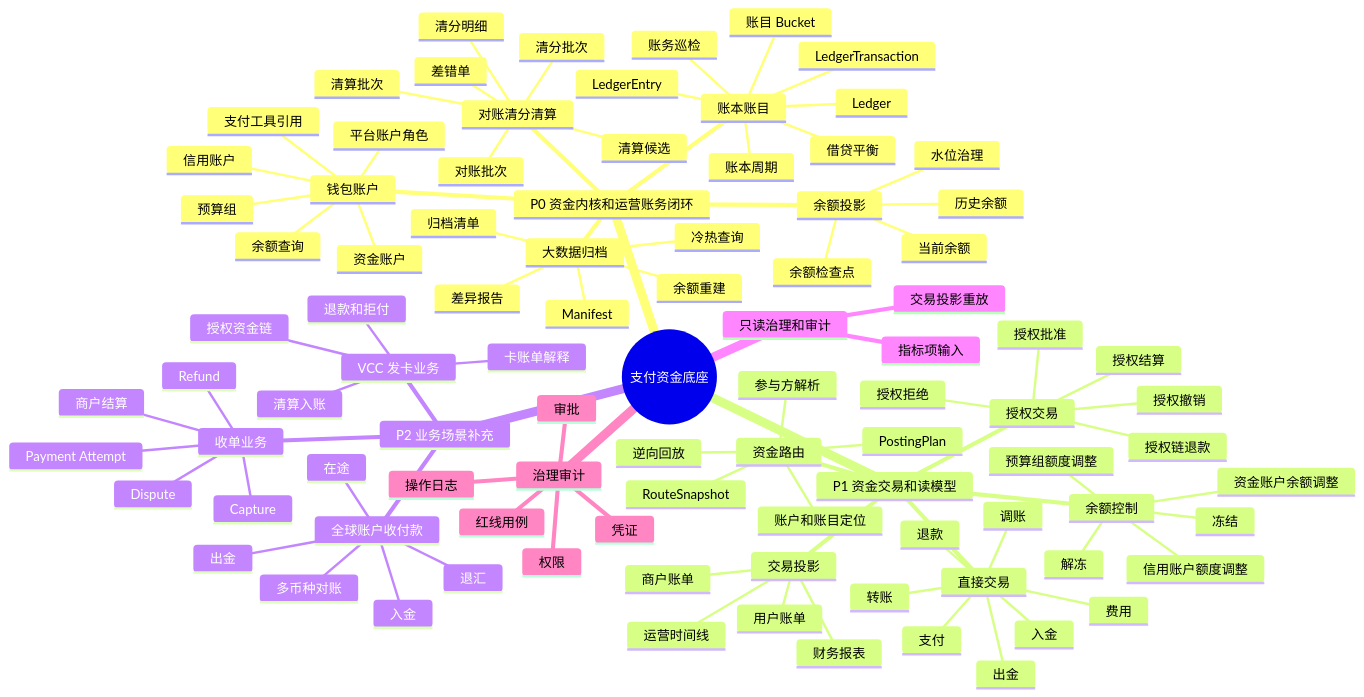
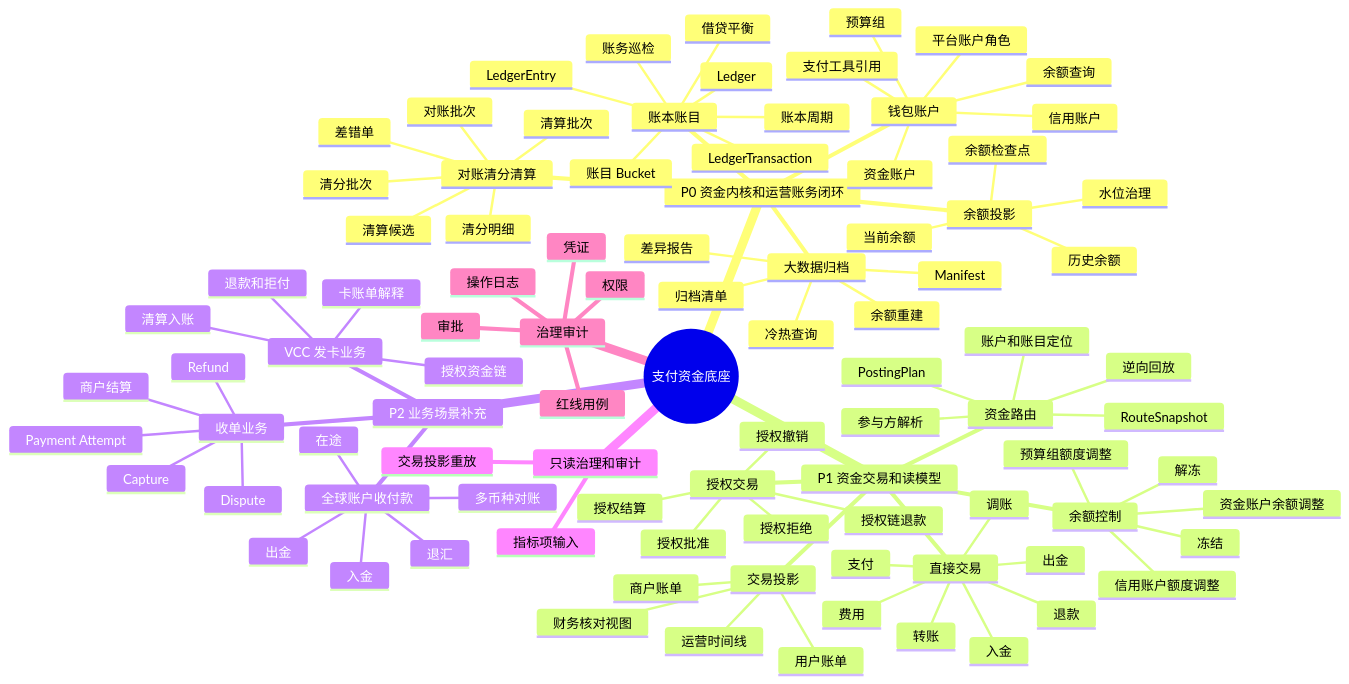
Before and after one commit to fengwuxp/wind-funds: the third of 9 diagrams in docs/产品设计/01-PRD总览.md, drawn with Mermaid. The commit also changed other lines of this file and 15 other files, not shown here.

```diff
--- a/docs/产品设计/01-PRD总览.md
+++ b/docs/产品设计/01-PRD总览.md
@@ -306,7 +307,7 @@
         用户账单
         商户账单
         运营时间线
-        财务报表
+        财务核对视图
     P2 业务场景补充
       VCC 发卡业务
         授权资金链
```
